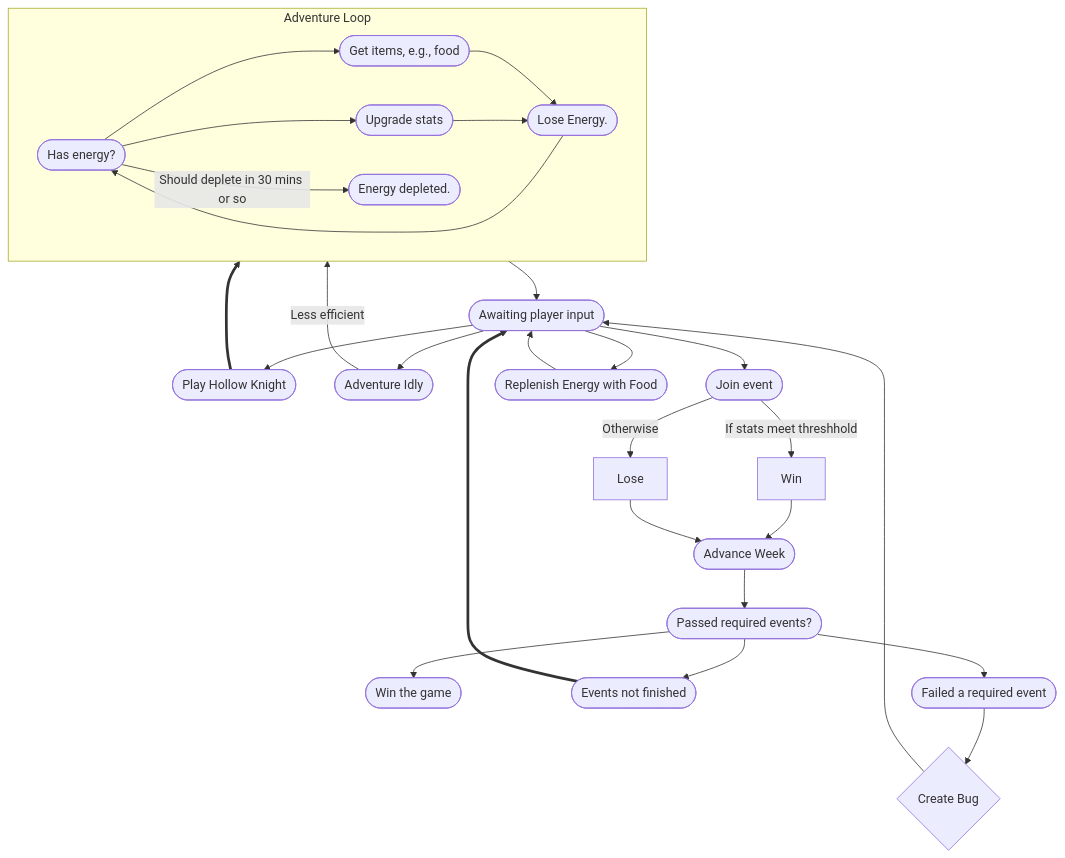
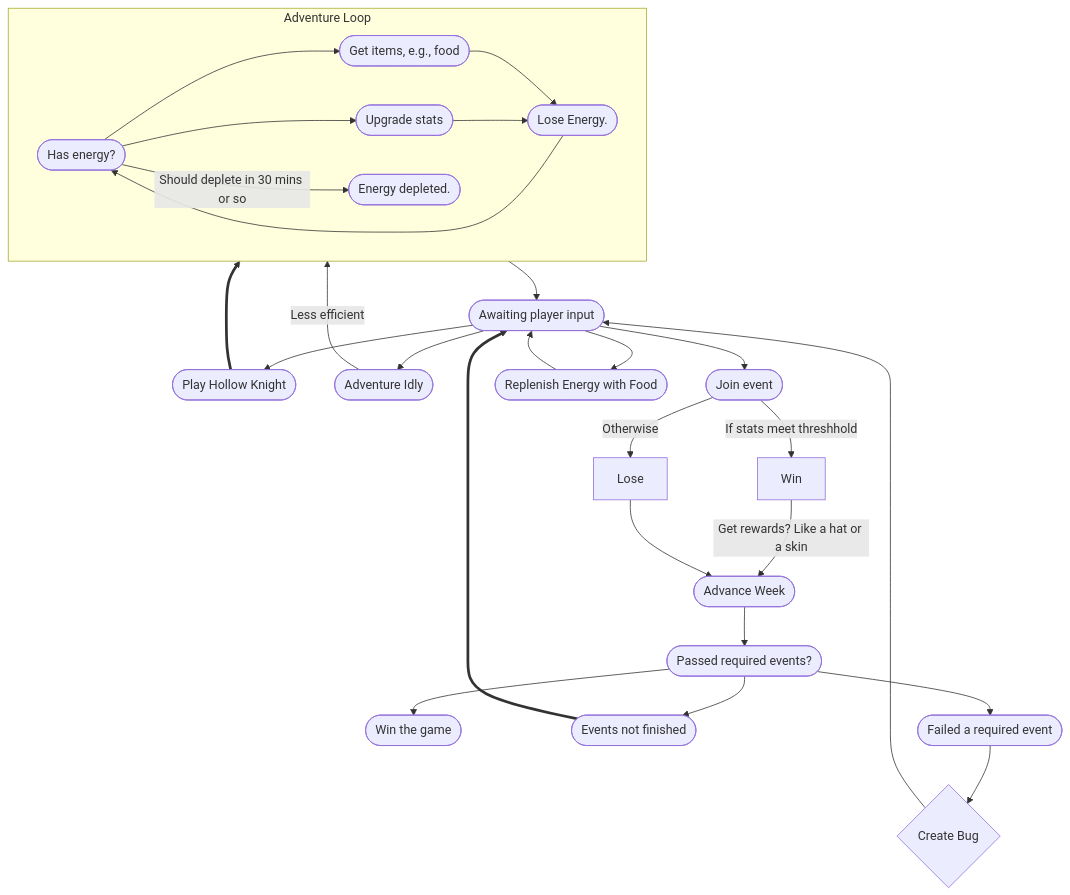
One commit to ambiguousname/secret-santa-2025 changed the diagram in DESIGN.md. Above: the diagram before and after it, drawn with Mermaid.

Commit message:
Comment on potential rewards

````diff
--- a/DESIGN.md
+++ b/DESIGN.md
@@ -3,42 +3,42 @@
 ```mermaid
 graph
 
 CREATE(["Create Bug"])@{ shape: diamond } --> INPUT
 
 INPUT(["Awaiting player input"]) --> PLAY
 INPUT --> IDLE
 INPUT --> EVENT
 
 subgraph Adventure_Loop [Adventure Loop]
 	ENERGY(["Has energy?"])
 	ENERGY --> ITEMS(["Get items, e.g., food"])
 	ENERGY --> SKILL(["Upgrade stats"])
 	ENERGY -->|Should deplete in 30 mins or so| NO_ENERGY(["Energy depleted."])
 
 	ITEMS --> LOSE_ENERGY(["Lose Energy."])
 	SKILL --> LOSE_ENERGY
 	LOSE_ENERGY --> ENERGY
 end
 
 Adventure_Loop --> INPUT
 
 IDLE(["Adventure Idly"]) -->|Less efficient| Adventure_Loop
 PLAY(["Play Hollow Knight"]) ==> Adventure_Loop
 
 EVENT(["Join event"]) -->|If stats meet threshhold| Win
 EVENT -->|Otherwise| Lose
 
-Win --> ADVANCE(["Advance Week"])
+Win -->|Get rewards? Like a hat or a skin| ADVANCE(["Advance Week"])
 Lose --> ADVANCE
 
 INPUT --> FEED(["Replenish Energy with Food"])
 FEED --> INPUT
 
 
 ADVANCE --> WEEK(["Passed required events?"])
 WEEK --> SUCCESS(["Win the game"])
 WEEK --> UNFINISHED(["Events not finished"]) ==> INPUT
 
 WEEK --> FAILED(["Failed a required event"])
 FAILED --> CREATE
 ```
````
